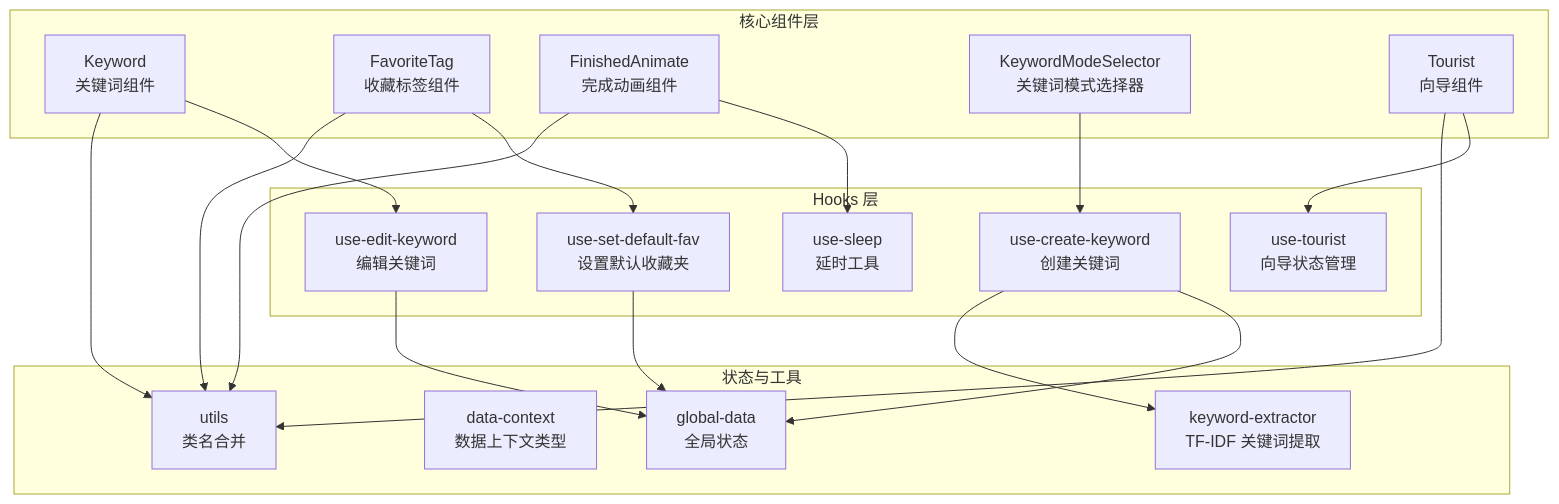
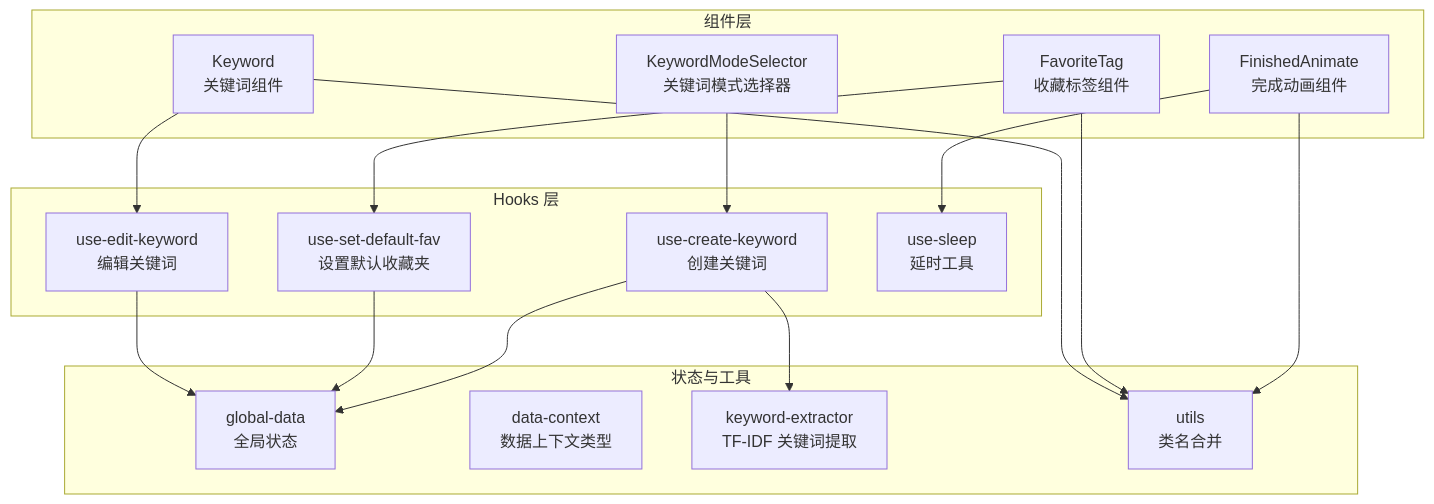
The first of 6 diagrams in .qoder/repowiki/zh/content/UI组件系统/专用组件.md (RadiumAg/bilibili-favorites), drawn with Mermaid before and after one commit. The commit also changed other lines of this file and 21 other files, not shown here.

````diff
--- a/.qoder/repowiki/zh/content/UI组件系统/专用组件.md
+++ b/.qoder/repowiki/zh/content/UI组件系统/专用组件.md
@@ -46,36 +37,32 @@
 ```mermaid
 graph TB
-subgraph "核心组件层"
+subgraph "组件层"
 KW["Keyword<br/>关键词组件"]
 FT["FavoriteTag<br/>收藏标签组件"]
 FA["FinishedAnimate<br/>完成动画组件"]
 KMS["KeywordModeSelector<br/>关键词模式选择器"]
-TR["Tourist<br/>向导组件"]
 end
 subgraph "Hooks 层"
 UEK["use-edit-keyword<br/>编辑关键词"]
 USDF["use-set-default-fav<br/>设置默认收藏夹"]
 UCK["use-create-keyword<br/>创建关键词"]
 USLP["use-sleep<br/>延时工具"]
-UTR["use-tourist<br/>向导状态管理"]
 end
 subgraph "状态与工具"
 GDT["global-data<br/>全局状态"]
 DCTX["data-context<br/>数据上下文类型"]
 KE["keyword-extractor<br/>TF-IDF 关键词提取"]
 UTIL["utils<br/>类名合并"]
 end
 KW --> UEK
 FT --> USDF
 FA --> USLP
 KMS --> UCK
-TR --> UTR
 UEK --> GDT
 USDF --> GDT
 UCK --> GDT
 UCK --> KE
-TR --> UTIL
 KW --> UTIL
 FT --> UTIL
 FA --> UTIL
 ```
````
